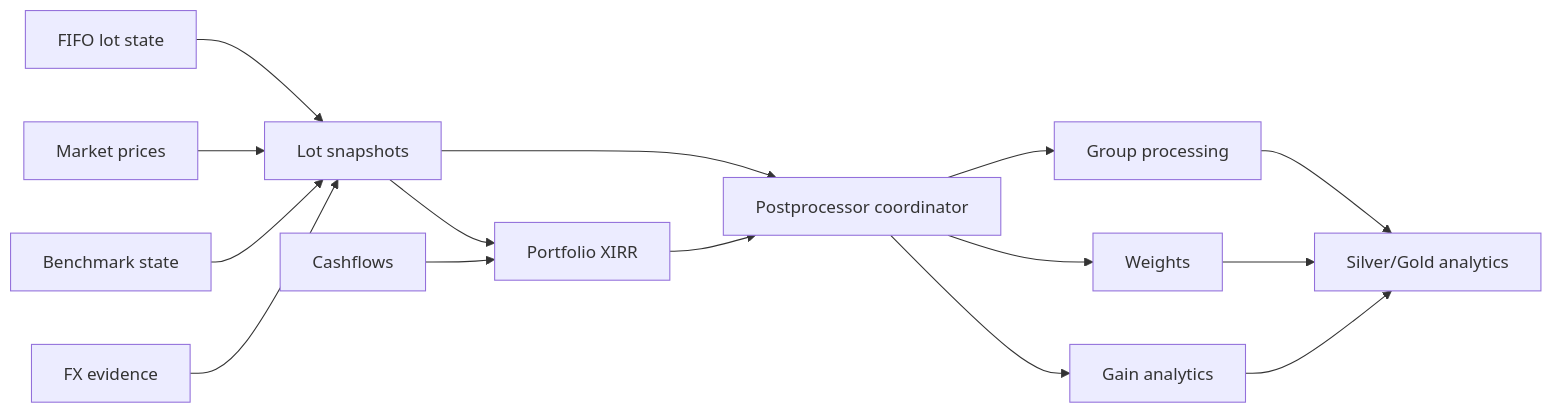
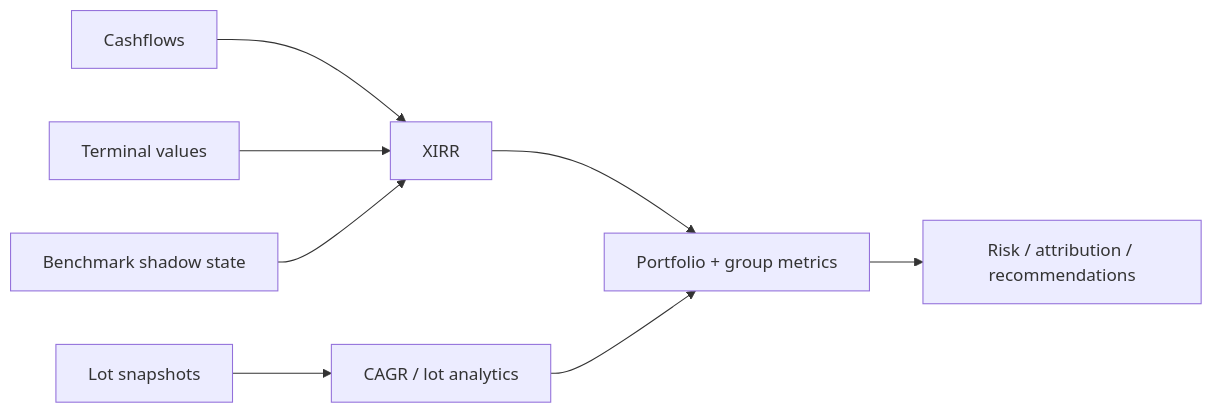
Before and after one commit to tks18/personal-finance-etl: the diagram in docs/finance/investment-performance-and-risk.md, drawn with Mermaid. The commit also changed other lines of this file and 11 other files, not shown here.

````diff
--- a/docs/finance/investment-performance-and-risk.md
+++ b/docs/finance/investment-performance-and-risk.md
@@ -13,17 +19,15 @@
 ```mermaid
 flowchart LR
-    FIFO[FIFO lot state] --> SNAP[Lot snapshots]
-    MKT[Market prices] --> SNAP
-    BM[Benchmark state] --> SNAP
-    FX[FX evidence] --> SNAP
-    SNAP --> POST[Postprocessor coordinator]
-    CF[Cashflows] --> X[Portfolio XIRR]
-    SNAP --> X
-    X --> POST
-    POST --> G[Group processing]
-    POST --> W[Weights]
-    POST --> GAINS[Gain analytics]
-    G --> OUT[Silver/Gold analytics]
-    W --> OUT
-    GAINS --> OUT
+    CF["Cashflows"]
+    TV["Terminal values"]
+    LOT["Lot snapshots"]
+    BM["Benchmark shadow state"]
+
+    CF --> X["XIRR"]
+    TV --> X
+    LOT --> C["CAGR / lot analytics"]
+    BM --> X
+    X --> P["Portfolio + group metrics"]
+    C --> P
+    P --> R["Risk / attribution / recommendations"]
 ```
````
